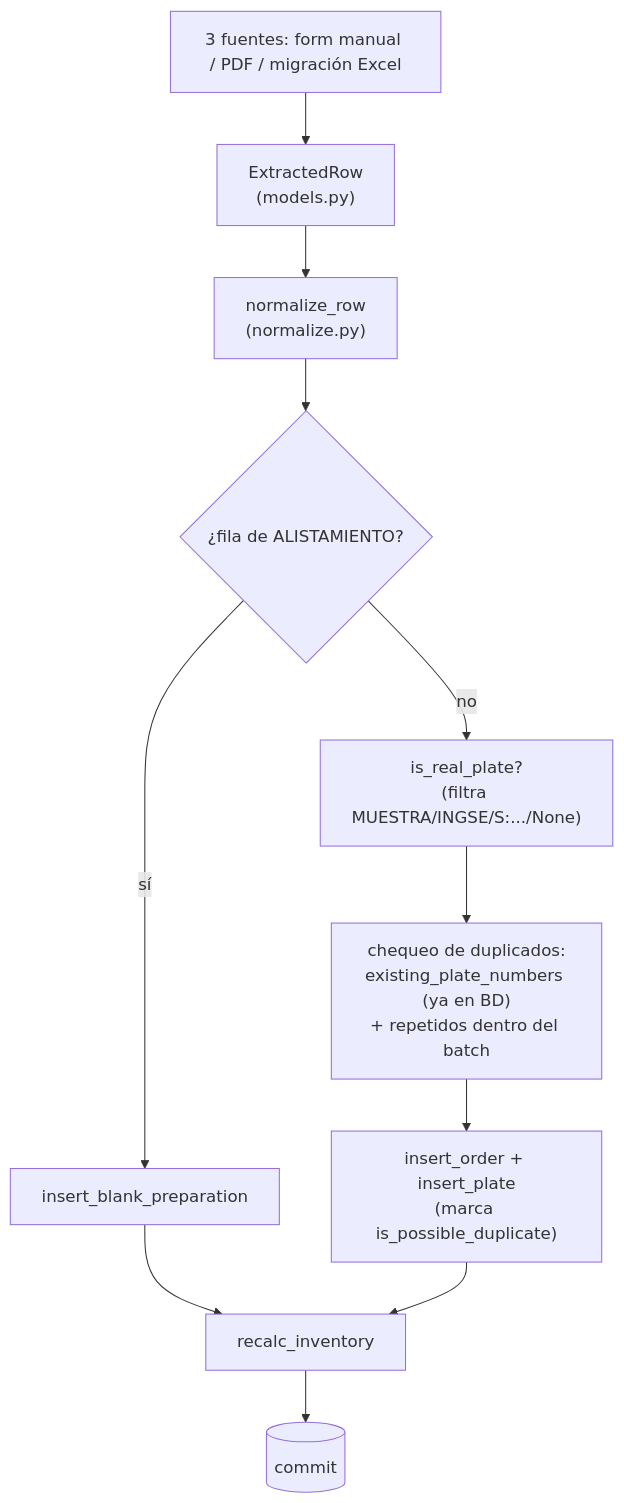
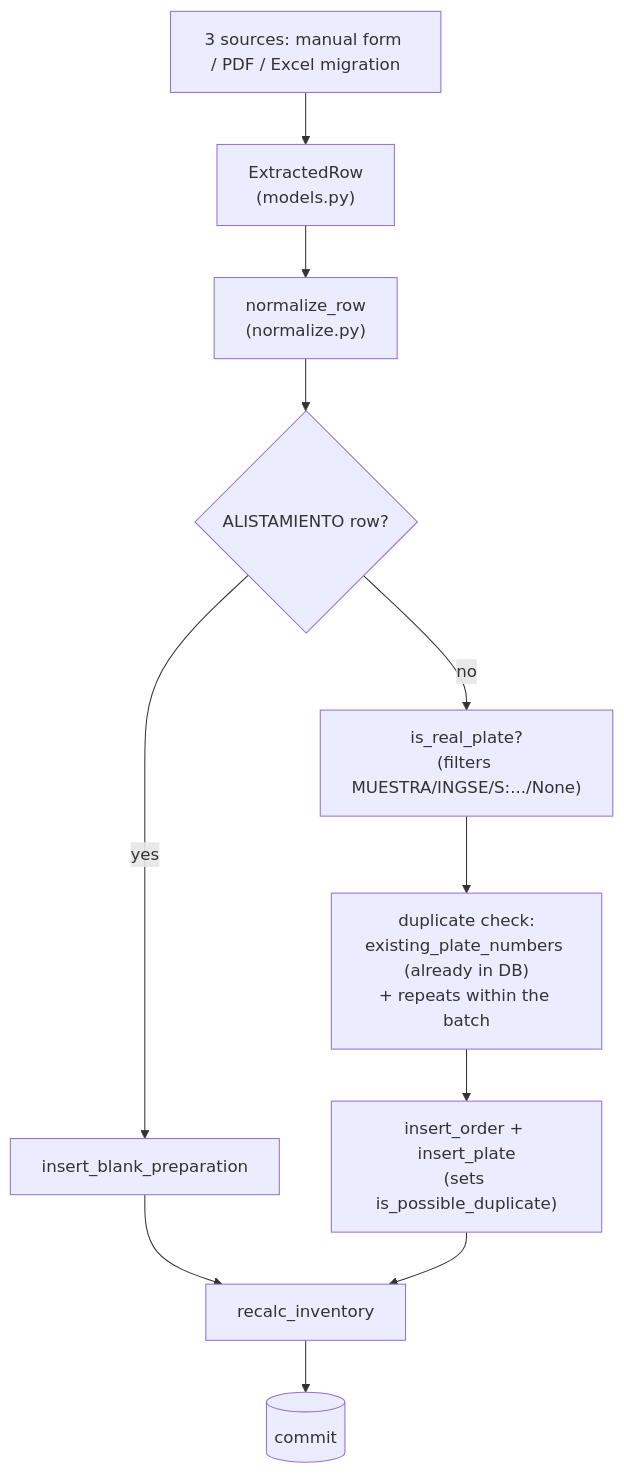
One commit to nickkmm/plates changed the diagram in docs/CORE.md. Above: the diagram before and after it, drawn with Mermaid. The commit also changed other lines of this file and 18 other files, not shown here.

````diff
--- a/docs/CORE.md
+++ b/docs/CORE.md
@@ -11,13 +11,13 @@
 ```mermaid
 flowchart TD
-    A["3 fuentes: form manual / PDF / migración Excel"] --> B["ExtractedRow<br/>(models.py)"]
+    A["3 sources: manual form / PDF / Excel migration"] --> B["ExtractedRow<br/>(models.py)"]
     B --> C["normalize_row<br/>(normalize.py)"]
-    C --> D{"¿fila de ALISTAMIENTO?"}
-    D -- sí --> E[insert_blank_preparation]
-    D -- no --> F["is_real_plate?<br/>(filtra MUESTRA/INGSE/S:.../None)"]
-    F --> G["chequeo de duplicados:<br/>existing_plate_numbers (ya en BD)<br/>+ repetidos dentro del batch"]
-    G --> H["insert_order + insert_plate<br/>(marca is_possible_duplicate)"]
+    C --> D{"ALISTAMIENTO row?"}
+    D -- yes --> E[insert_blank_preparation]
+    D -- no --> F["is_real_plate?<br/>(filters MUESTRA/INGSE/S:.../None)"]
+    F --> G["duplicate check:<br/>existing_plate_numbers (already in DB)<br/>+ repeats within the batch"]
+    G --> H["insert_order + insert_plate<br/>(sets is_possible_duplicate)"]
     E --> I[recalc_inventory]
     H --> I
     I --> J[(commit)]
 ```
````
